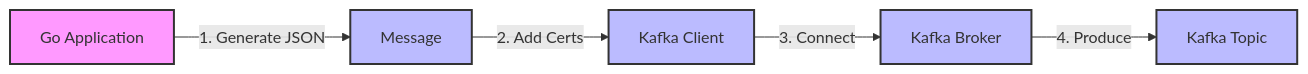
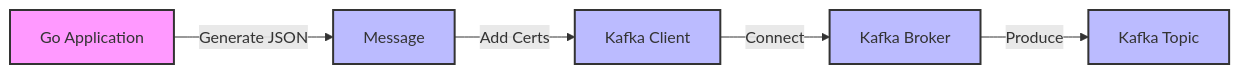
Before and after one commit to aiven/aiven-examples: the fifth of 6 diagrams in solutions/aiven-iceberg-tutorial/README.md, drawn with Mermaid. The commit also changed other lines of this file, not shown here.

````diff
--- a/solutions/aiven-iceberg-tutorial/README.md
+++ b/solutions/aiven-iceberg-tutorial/README.md
@@ -308,13 +308,13 @@
 ```mermaid
 flowchart LR
-    A[Go Application] -->|1. Generate JSON| B[Message]
-    B -->|2. Add Certs| C[Kafka Client]
-    C -->|3. Connect| D[Kafka Broker]
-    D -->|4. Produce| E[Kafka Topic]
+    A[Go Application] -->|Generate JSON| B[Message]
+    B -->|Add Certs| C[Kafka Client]
+    C -->|Connect| D[Kafka Broker]
+    D -->|Produce| E[Kafka Topic]
 
     style A fill:#f9f,stroke:#333,stroke-width:2px
     style B fill:#bbf,stroke:#333,stroke-width:2px
     style C fill:#bbf,stroke:#333,stroke-width:2px
     style D fill:#bbf,stroke:#333,stroke-width:2px
     style E fill:#bbf,stroke:#333,stroke-width:2px
 ```
````
